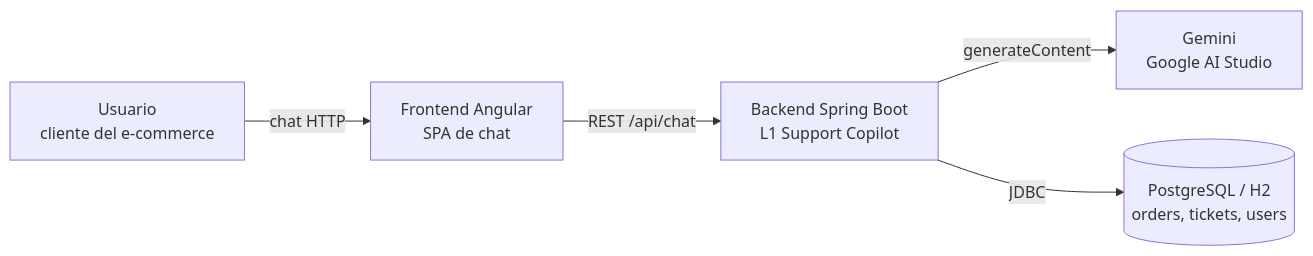
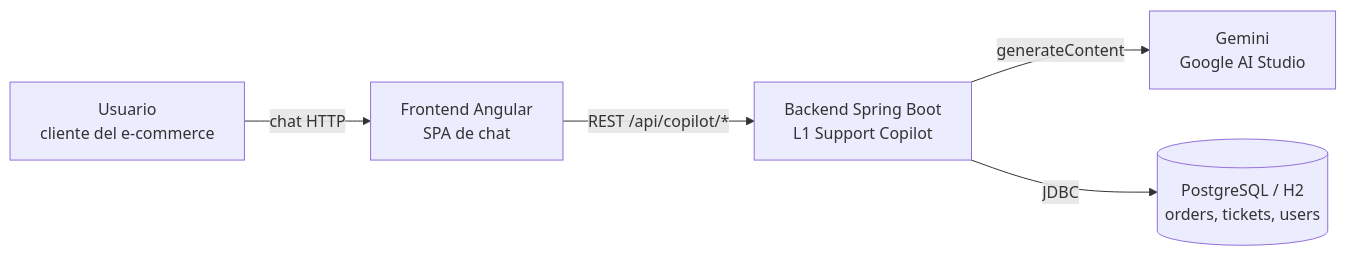
One commit to mikel0ne/ai-platform-portfolio changed the first of 4 diagrams in l1-copilot/docs/arquitectura/02-arquitectura-sistema.md. Above: the diagram before and after it, drawn with Mermaid. The commit also changed other lines of this file and 40 other files, not shown here.

````diff
--- a/l1-copilot/docs/arquitectura/02-arquitectura-sistema.md
+++ b/l1-copilot/docs/arquitectura/02-arquitectura-sistema.md
@@ -5,7 +5,7 @@
 ```mermaid
 graph LR
     U[Usuario<br/>cliente del e-commerce] -->|chat HTTP| FE[Frontend Angular<br/>SPA de chat]
-    FE -->|REST /api/chat| BE[Backend Spring Boot<br/>L1 Support Copilot]
+    FE -->|REST /api/copilot/*| BE[Backend Spring Boot<br/>L1 Support Copilot]
     BE -->|generateContent| LLM[Gemini<br/>Google AI Studio]
     BE -->|JDBC| DB[(PostgreSQL / H2<br/>orders, tickets, users)]
 ```
````
